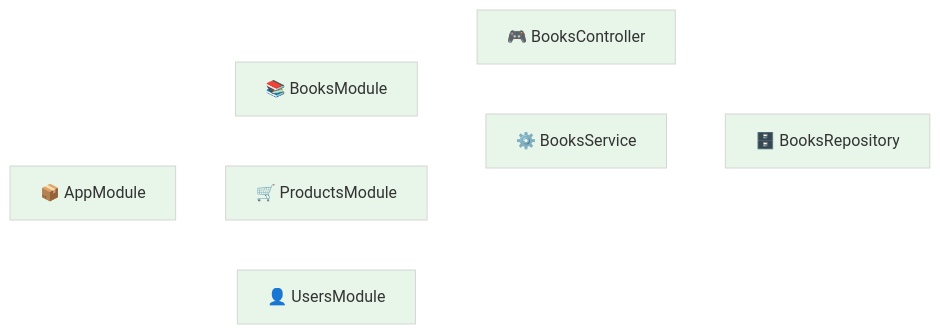
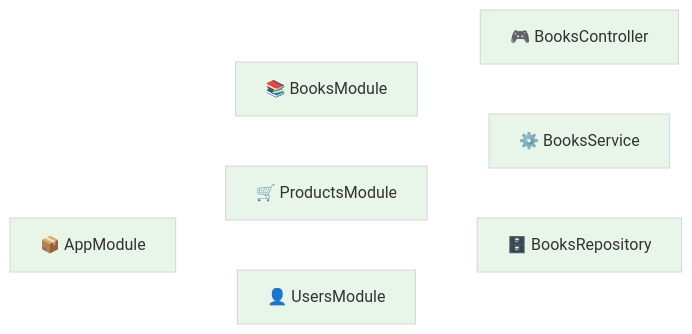
The first of 5 diagrams in CODEBASE_ANALYSIS.md (alvianzf/introduction-to-nest), drawn with Mermaid before and after one commit.

Commit message:
docs: Corrected codebase analysis diagram to show BooksModule linking directly to BooksRepository.

````diff
--- a/CODEBASE_ANALYSIS.md
+++ b/CODEBASE_ANALYSIS.md
@@ -12,13 +12,13 @@
 ```mermaid
 %%{init: {'theme': 'base', 'themeVariables': { 'primaryColor': '#e8f5e9', 'edgeColor': '#ffffff', 'tertiaryColor': '#fff3e0', 'lineColor': '#ffffff'}}}%%
 graph LR
     AppModule["📦 AppModule"] --> BooksModule["📚 BooksModule"]
     AppModule --> ProductsModule["🛒 ProductsModule"]
     AppModule --> UsersModule["👤 UsersModule"]
 
     BooksModule --> BooksController["🎮 BooksController"]
     BooksModule --> BooksService["⚙️ BooksService"]
-    BooksService --> BooksRepository["🗄️ BooksRepository"]
+    BooksModule --> BooksRepository["🗄️ BooksRepository"]
 
     linkStyle default stroke:#ffffff,stroke-width:2px
 ```
````
